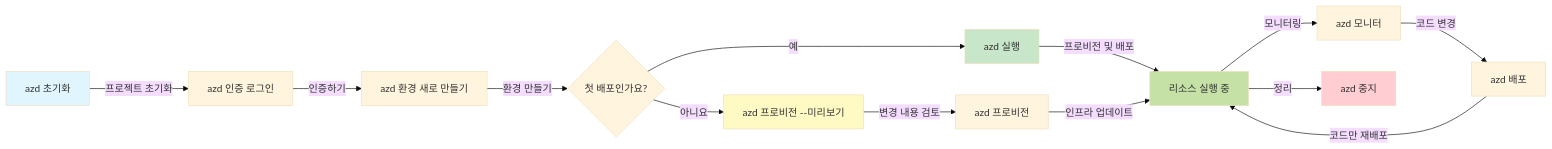
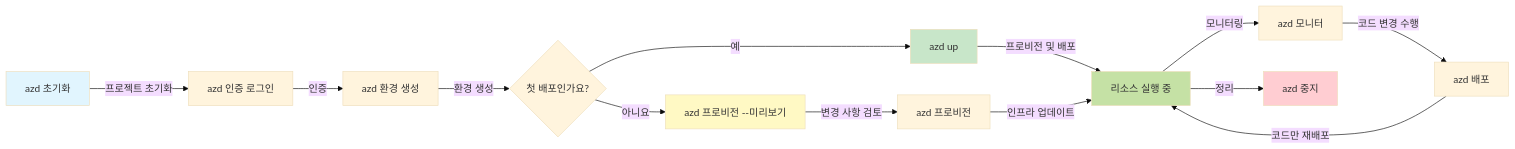
The first of 2 diagrams in translations/ko/docs/chapter-01-foundation/azd-basics.md (microsoft/AZD-for-beginners), drawn with Mermaid (base theme) before and after one commit. The commit also changed other lines of this file and 101 other files, not shown here.

````diff
--- a/translations/ko/docs/chapter-01-foundation/azd-basics.md
+++ b/translations/ko/docs/chapter-01-foundation/azd-basics.md
@@ -269,21 +269,21 @@
 ```mermaid
 graph LR
     A[azd 초기화] -->|프로젝트 초기화| B[azd 인증 로그인]
-    B -->|인증하기| C[azd 환경 새로 만들기]
-    C -->|환경 만들기| D{첫 배포인가요?}
-    D -->|예| E[azd 실행]
+    B -->|인증| C[azd 환경 생성]
+    C -->|환경 생성| D{첫 배포인가요?}
+    D -->|예| E[azd up]
     D -->|아니요| F[azd 프로비전 --미리보기]
-    F -->|변경 내용 검토| G[azd 프로비전]
+    F -->|변경 사항 검토| G[azd 프로비전]
     E -->|프로비전 및 배포| H[리소스 실행 중]
     G -->|인프라 업데이트| H
     H -->|모니터링| I[azd 모니터]
-    I -->|코드 변경| J[azd 배포]
+    I -->|코드 변경 수행| J[azd 배포]
     J -->|코드만 재배포| H
     H -->|정리| K[azd 중지]
     
     style A fill:#e1f5fe
     style E fill:#c8e6c9
     style F fill:#fff9c4
     style H fill:#c5e1a5
     style K fill:#ffcdd2
 ```
````
